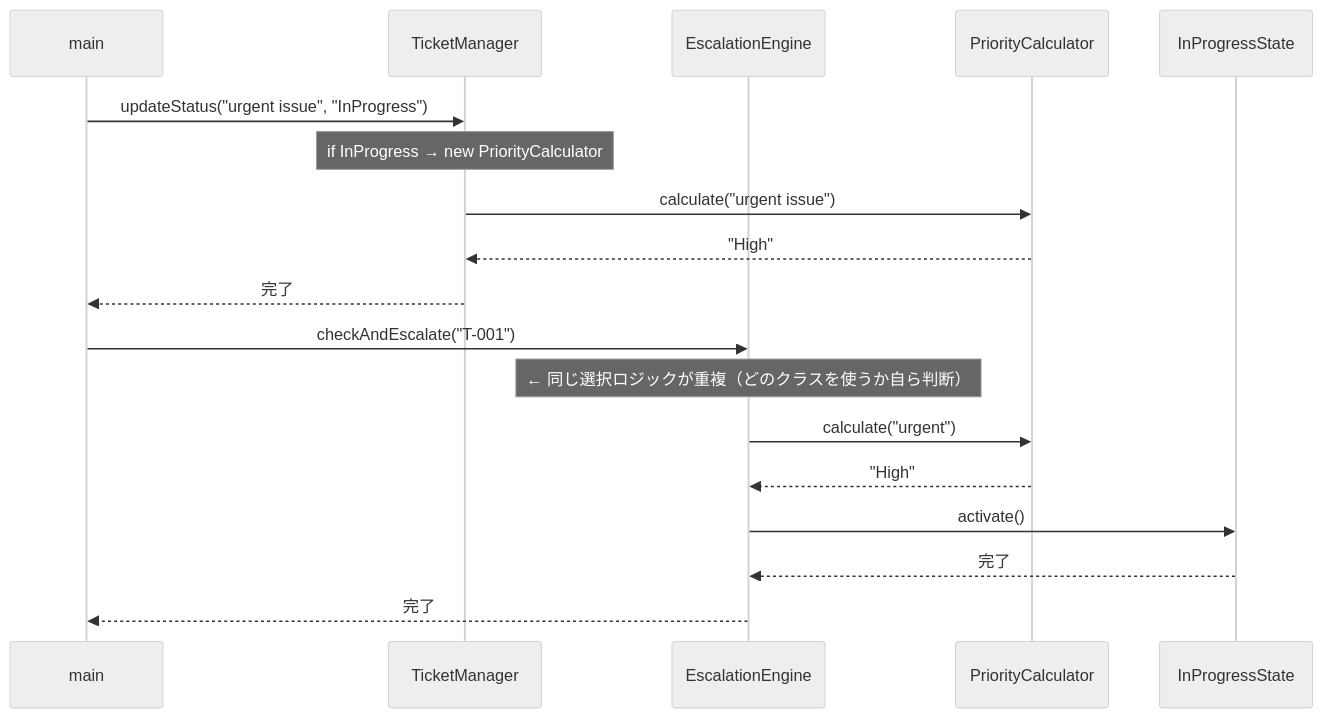
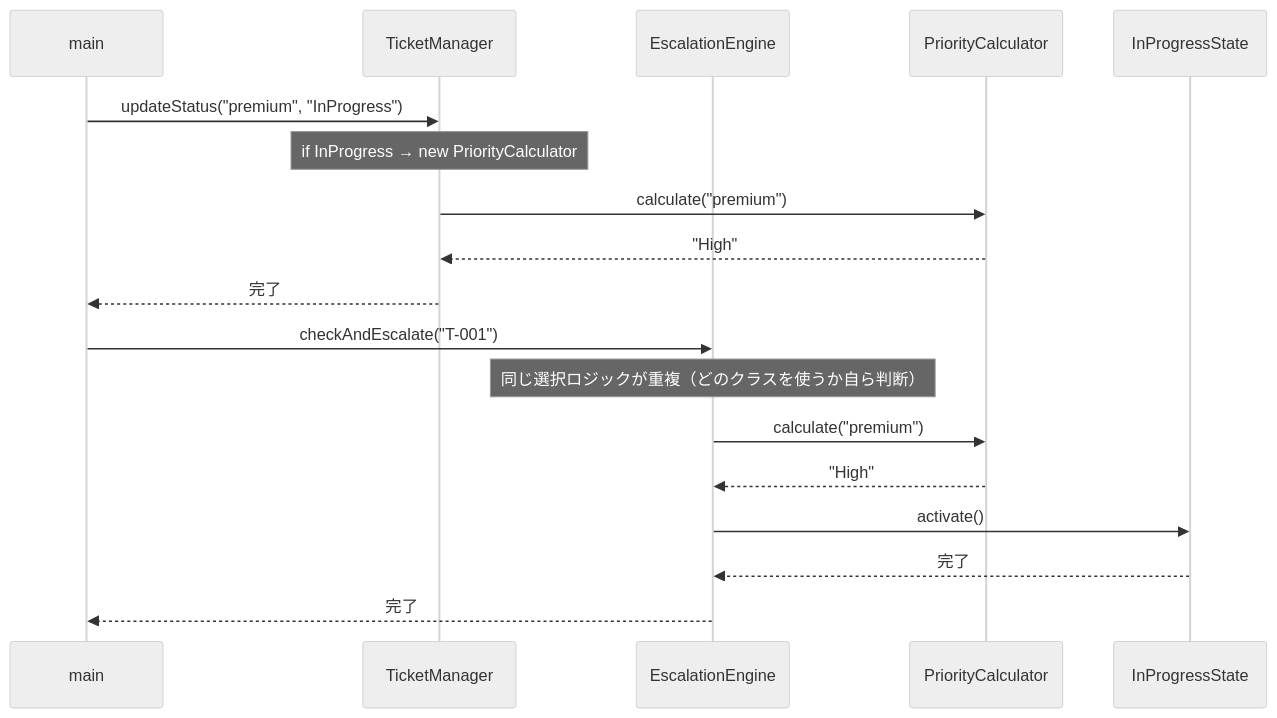
The seventh of 12 diagrams in kindle/design-patterns/output/chapter09_2.md (kumachan1101-pixel/DesignPattern), drawn with Mermaid (neutral theme) before and after one commit. The commit also changed other lines of this file and 1 other file, not shown here.

````diff
--- a/kindle/design-patterns/output/chapter09_2.md
+++ b/kindle/design-patterns/output/chapter09_2.md
@@ -554,20 +654,20 @@
 ```mermaid
 sequenceDiagram
     participant main
     participant TM as TicketManager
     participant EE as EscalationEngine
     participant PC as PriorityCalculator
     participant IS as InProgressState
-    main->>TM: updateStatus("urgent issue", "InProgress")
+    main->>TM: updateStatus("premium", "InProgress")
     Note over TM: if InProgress → new PriorityCalculator
-    TM->>PC: calculate("urgent issue")
+    TM->>PC: calculate("premium")
     PC-->>TM: "High"
     TM-->>main: 完了
     main->>EE: checkAndEscalate("T-001")
-    Note over EE: ← 同じ選択ロジックが重複（どのクラスを使うか自ら判断）
-    EE->>PC: calculate("urgent")
+    Note over EE: 同じ選択ロジックが重複（どのクラスを使うか自ら判断）
+    EE->>PC: calculate("premium")
     PC-->>EE: "High"
     EE->>IS: activate()
     IS-->>EE: 完了
     EE-->>main: 完了
 ```
````
